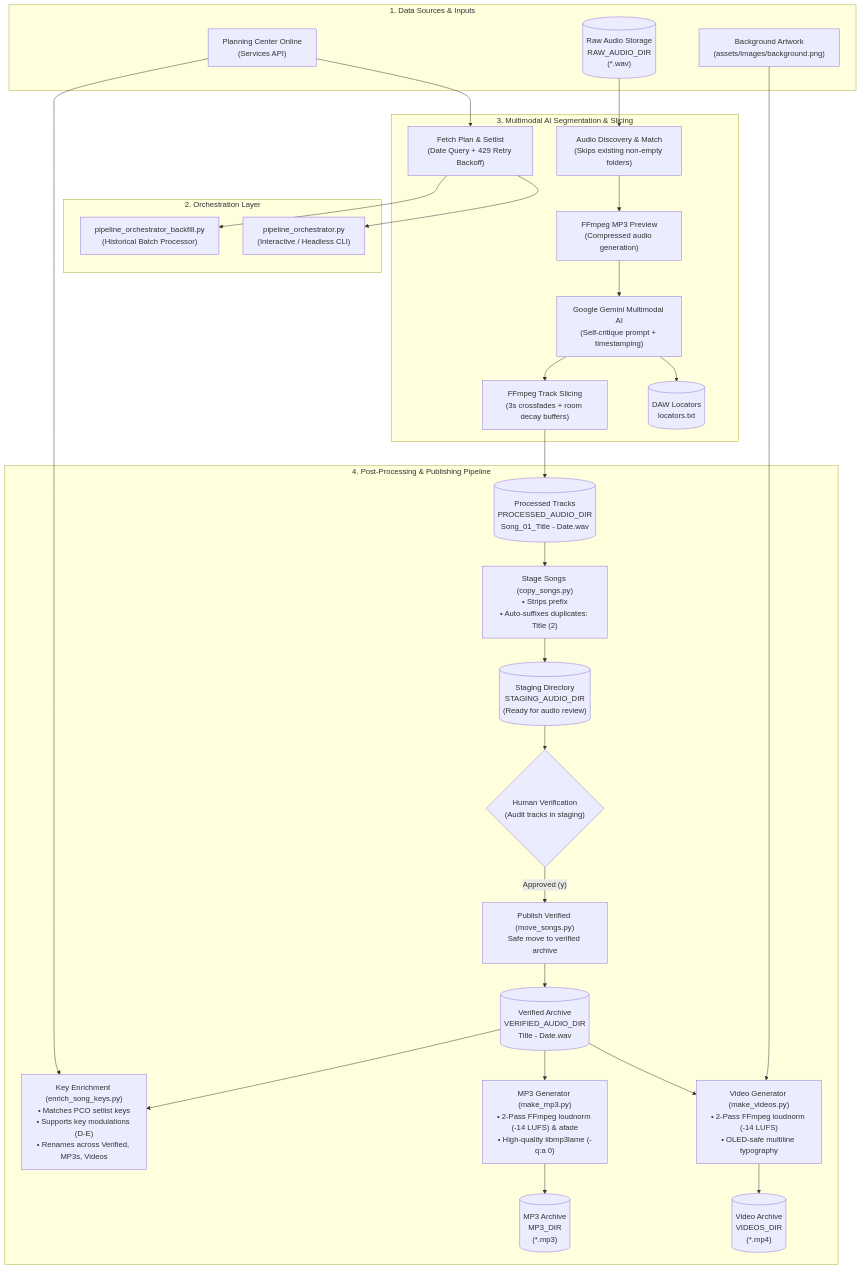
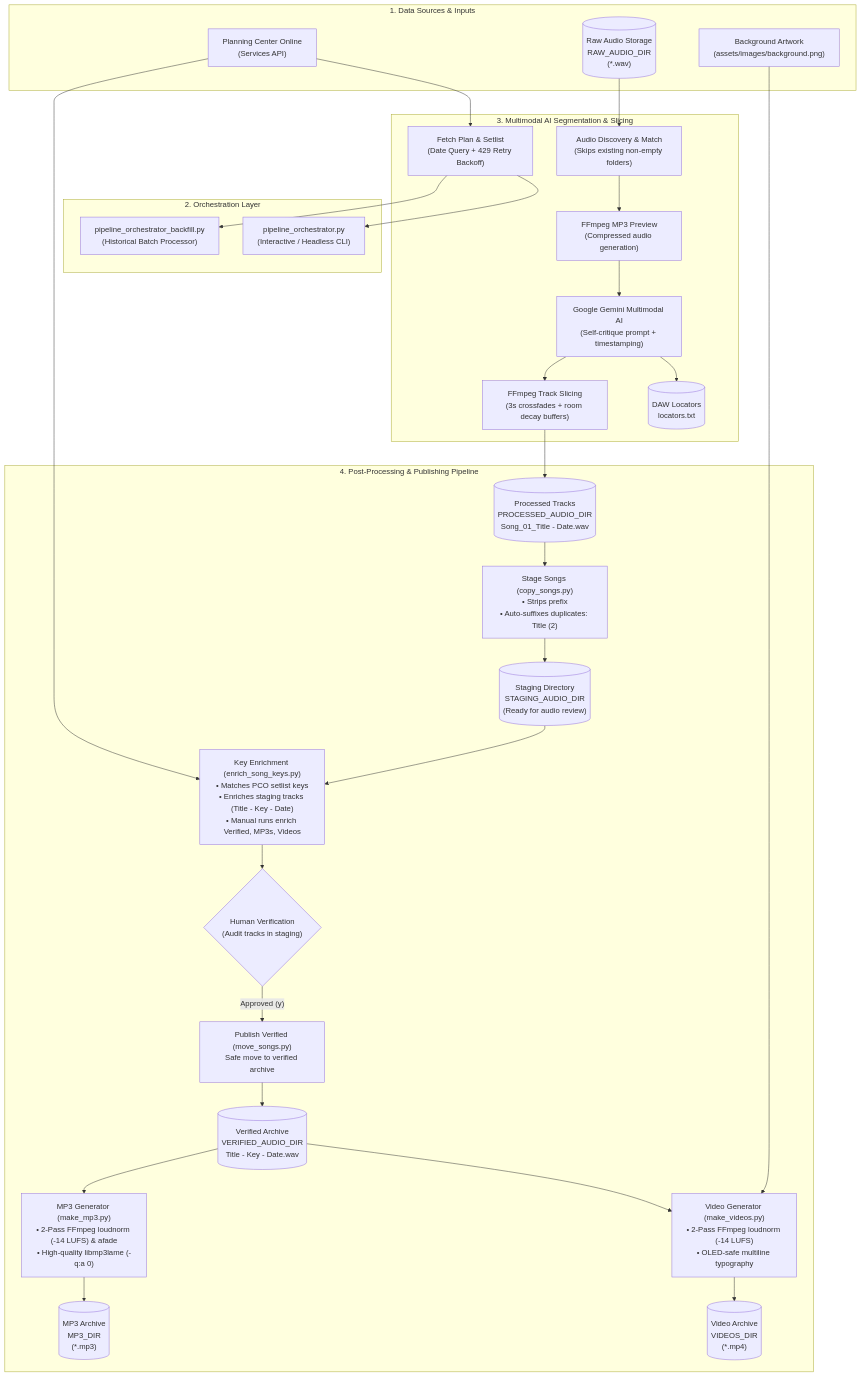
One commit to m4dc0w/song-recording-catalog-pipeline changed the diagram in README.md. Above: the diagram before and after it, drawn with Mermaid. The commit also changed other lines of this file and 4 other files, not shown here.

First line of the commit message:
feat: integrate key enrichment into staging pipeline

````diff
--- a/README.md
+++ b/README.md
@@ -29,64 +29,64 @@
 ```mermaid
 flowchart TD
     %% External Inputs & APIs
     subgraph Inputs["1. Data Sources & Inputs"]
         PCO["Planning Center Online<br/>(Services API)"]
         RawAudio[("Raw Audio Storage<br/>RAW_AUDIO_DIR<br/>(*.wav)")]
         BgImage["Background Artwork<br/>(assets/images/background.png)"]
     end
 
     %% Orchestrators
     subgraph Orchestration["2. Orchestration Layer"]
         CLI["pipeline_orchestrator.py<br/>(Interactive / Headless CLI)"]
         Backfill["pipeline_orchestrator_backfill.py<br/>(Historical Batch Processor)"]
     end
 
     %% Ingestion & AI Segmentation
     subgraph Segmentation["3. Multimodal AI Segmentation & Slicing"]
         FetchPlan["Fetch Plan & Setlist<br/>(Date Query + 429 Retry Backoff)"]
         MatchAudio["Audio Discovery & Match<br/>(Skips existing non-empty folders)"]
         Downsample["FFmpeg MP3 Preview<br/>(Compressed audio generation)"]
         Gemini["Google Gemini Multimodal AI<br/>(Self-critique prompt + timestamping)"]
         Slicer["FFmpeg Track Slicing<br/>(3s crossfades + room decay buffers)"]
         DawMarkers[("DAW Locators<br/>locators.txt")]
     end
 
     %% Storage & Post Processing
     subgraph PostProcessing["4. Post-Processing & Publishing Pipeline"]
         Processed[("Processed Tracks<br/>PROCESSED_AUDIO_DIR<br/>Song_01_Title - Date.wav")]
         Stage["Stage Songs (copy_songs.py)<br/>• Strips prefix<br/>• Auto-suffixes duplicates: Title (2)"]
         Staging[("Staging Directory<br/>STAGING_AUDIO_DIR<br/>(Ready for audio review)")]
+        EnrichKeys["Key Enrichment (enrich_song_keys.py)<br/>• Matches PCO setlist keys<br/>• Enriches staging tracks (Title - Key - Date)<br/>• Manual runs enrich Verified, MP3s, Videos"]
         Verify{"Human Verification<br/>(Audit tracks in staging)"}
         Move["Publish Verified (move_songs.py)<br/>Safe move to verified archive"]
-        Verified[("Verified Archive<br/>VERIFIED_AUDIO_DIR<br/>Title - Date.wav")]
+        Verified[("Verified Archive<br/>VERIFIED_AUDIO_DIR<br/>Title - Key - Date.wav")]
         MakeVideo["Video Generator (make_videos.py)<br/>• 2-Pass FFmpeg loudnorm (-14 LUFS)<br/>• OLED-safe multiline typography"]
         Videos[("Video Archive<br/>VIDEOS_DIR<br/>(*.mp4)")]
         MakeMP3["MP3 Generator (make_mp3.py)<br/>• 2-Pass FFmpeg loudnorm (-14 LUFS) & afade<br/>• High-quality libmp3lame (-q:a 0)"]
         MP3s[("MP3 Archive<br/>MP3_DIR<br/>(*.mp3)")]
-        EnrichKeys["Key Enrichment (enrich_song_keys.py)<br/>• Matches PCO setlist keys<br/>• Supports key modulations (D-E)<br/>• Renames across Verified, MP3s, Videos"]
     end
 
     %% Connections
     PCO --> FetchPlan
     RawAudio --> MatchAudio
     FetchPlan --> CLI
     FetchPlan --> Backfill
     MatchAudio --> Downsample
     Downsample --> Gemini
     Gemini --> DawMarkers
     Gemini --> Slicer
     Slicer --> Processed
 
     Processed --> Stage
     Stage --> Staging
-    Staging --> Verify
+    Staging --> EnrichKeys
+    PCO --> EnrichKeys
+    EnrichKeys --> Verify
     Verify -- "Approved (y)" --> Move
     Move --> Verified
     Verified --> MakeVideo
     BgImage --> MakeVideo
     MakeVideo --> Videos
     Verified --> MakeMP3
     MakeMP3 --> MP3s
-    Verified --> EnrichKeys
-    PCO --> EnrichKeys
 ```
````
